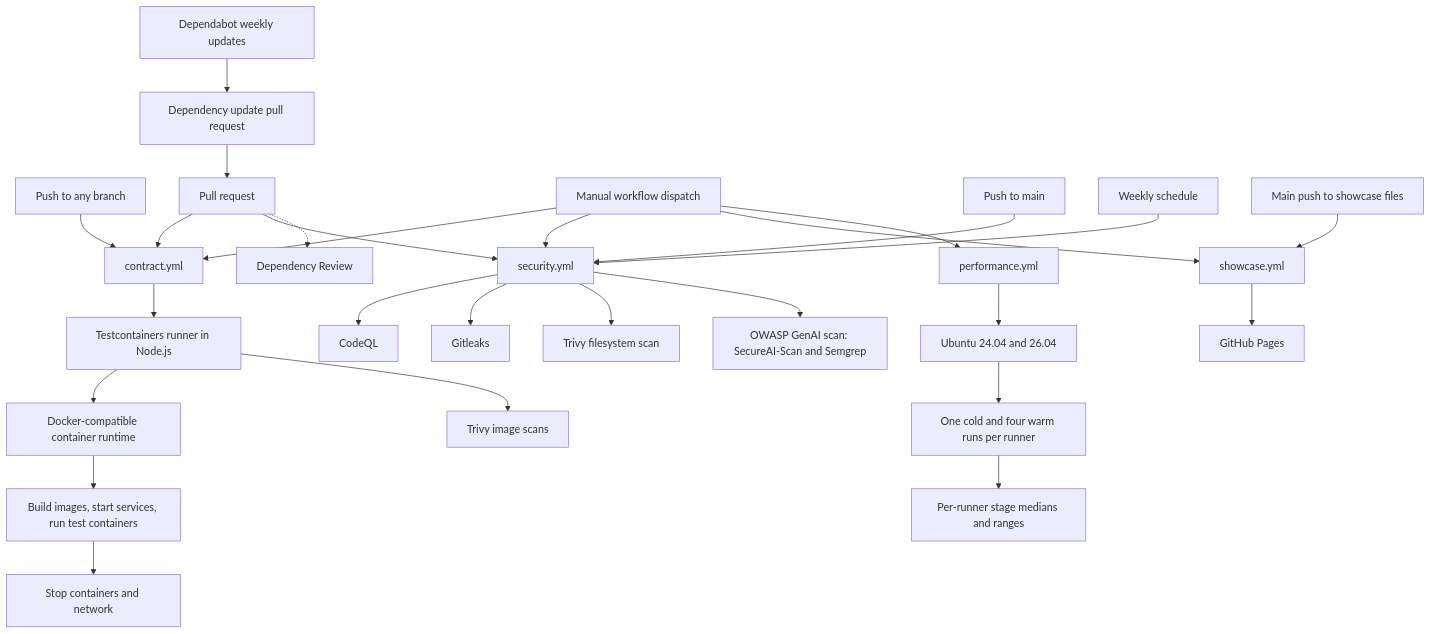
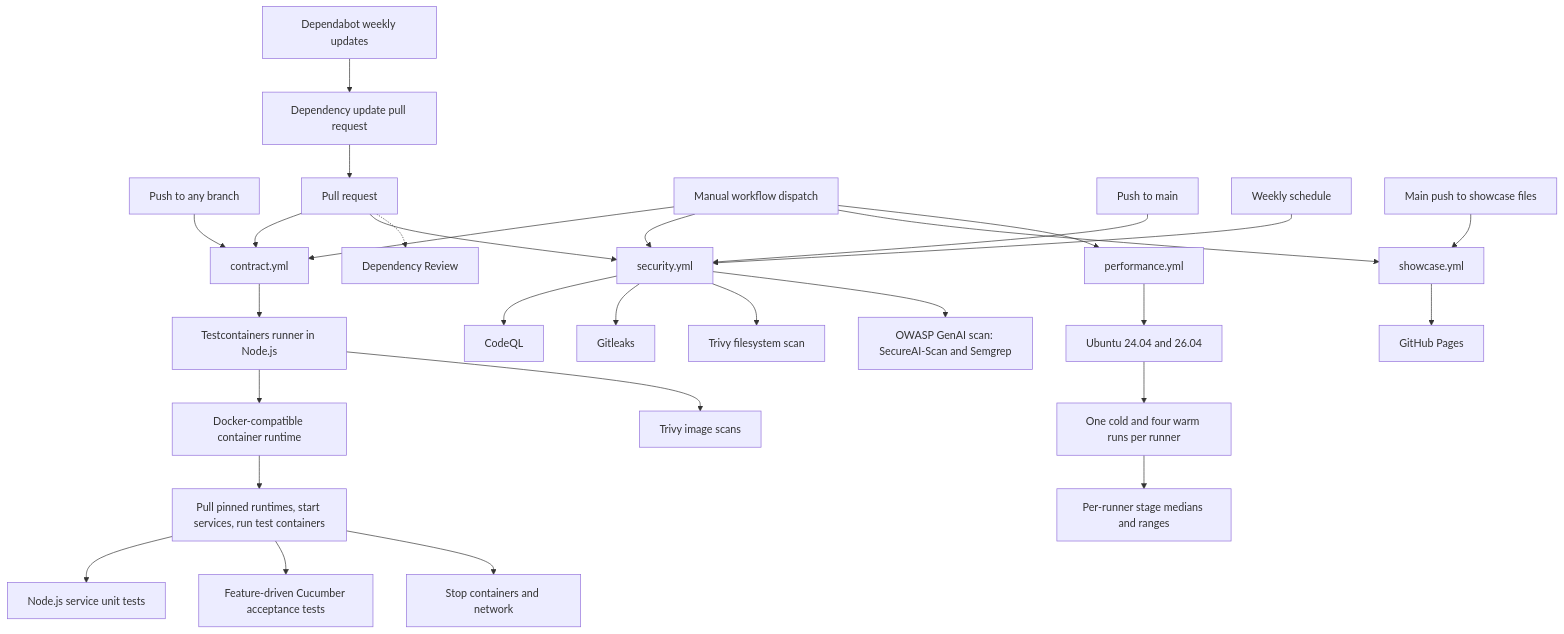
One commit to shoman2020/oas-polycontract changed the second of 2 diagrams in README.md. Above: the diagram before and after it, drawn with Mermaid. The commit also changed other lines of this file and 47 other files, not shown here.

Commit message:
Strengthen contract pipeline and add BDD acceptance tests

````diff
--- a/README.md
+++ b/README.md
@@ -55,31 +58,33 @@
 ```mermaid
 flowchart TB
   AnyPush[Push to any branch] --> Contract[contract.yml]
   PullRequest[Pull request] --> Contract
   Manual[Manual workflow dispatch] --> Contract
   Contract --> Runner[Testcontainers runner in Node.js]
   Runner --> Runtime[Docker-compatible container runtime]
-  Runtime --> Tasks[Build images, start services, run test containers]
+  Runtime --> Tasks[Pull pinned runtimes, start services, run test containers]
+  Tasks --> ServiceTests[Node.js service unit tests]
+  Tasks --> BDD[Feature-driven Cucumber acceptance tests]
   Tasks --> Cleanup[Stop containers and network]
   Runner --> ImageScans[Trivy image scans]
 
   MainPush[Push to main] --> Security[security.yml]
   PullRequest --> Security
   Weekly[Weekly schedule] --> Security
   Manual --> Security
   Security --> CodeQL[CodeQL]
   Security --> Secrets[Gitleaks]
   Security --> FileScan[Trivy filesystem scan]
   Security --> AIScan[OWASP GenAI scan: SecureAI-Scan and Semgrep]
   PullRequest -.-> Review[Dependency Review]
 
   ShowcasePush[Main push to showcase files] --> Showcase[showcase.yml]
   Manual --> Showcase
   Showcase --> Pages[GitHub Pages]
   Manual --> Performance[performance.yml]
   Performance --> Runners[Ubuntu 24.04 and 26.04]
   Runners --> Samples[One cold and four warm runs per runner]
   Samples --> Timings[Per-runner stage medians and ranges]
   Dependabot[Dependabot weekly updates] --> UpdatePR[Dependency update pull request]
   UpdatePR --> PullRequest
 ```
````
